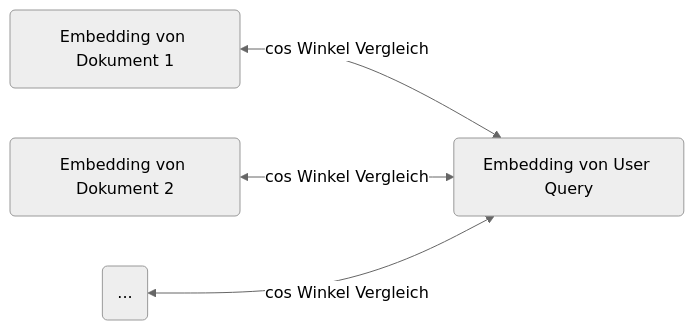
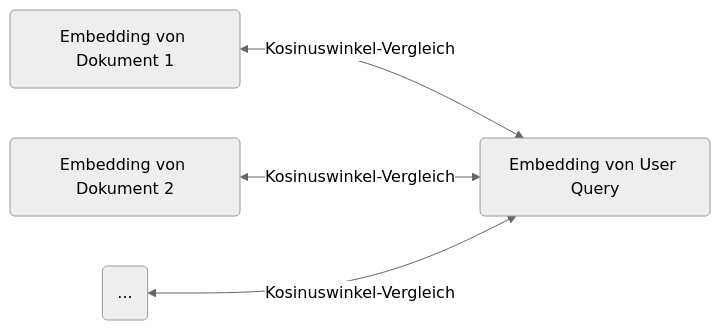
Before and after one commit to FausztBenedek/fcb-presentation-ki-workflow: the tenth of 10 diagrams in slides.md, drawn with Mermaid (neutral theme). The commit also changed other lines of this file, not shown here.

````diff
--- a/slides.md
+++ b/slides.md
@@ -787,7 +775,7 @@
 ```mermaid
 graph LR
     user_query("Embedding von User Query")
-    d1("Embedding von Dokument 1") <--> |cos Winkel Vergleich|user_query
-    d2("Embedding von Dokument 2") <--> |cos Winkel Vergleich|user_query
-    d_other("...") <--> |cos Winkel Vergleich|user_query
+    d1("Embedding von Dokument 1") <--> |Kosinuswinkel-Vergleich|user_query
+    d2("Embedding von Dokument 2") <--> |Kosinuswinkel-Vergleich|user_query
+    d_other("...") <--> |Kosinuswinkel-Vergleich|user_query
 ```
````
